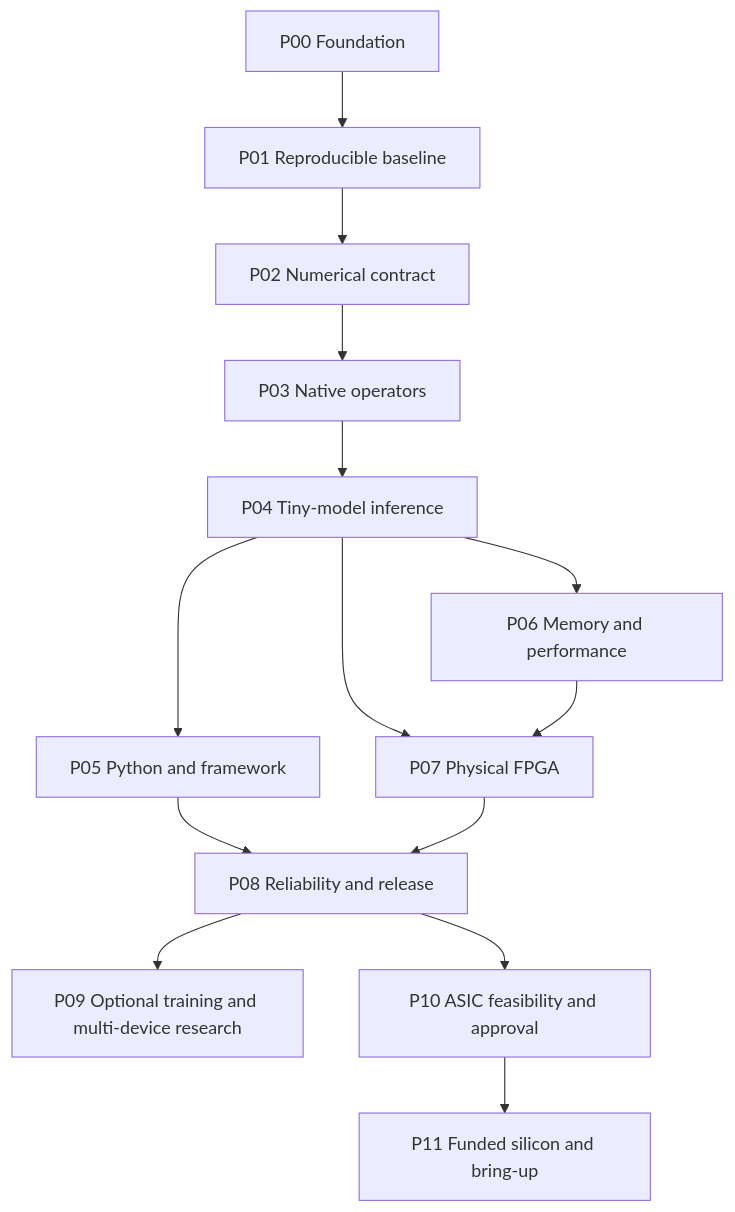
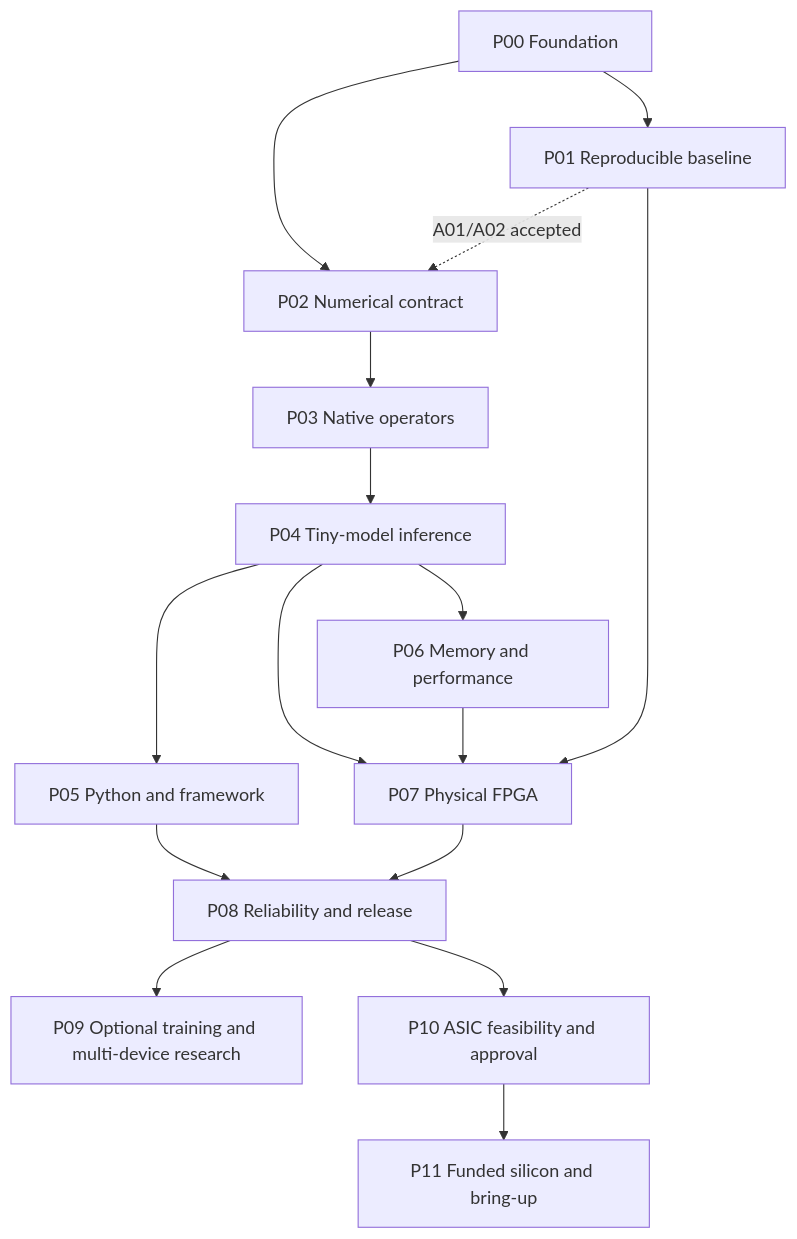
One commit to baabi-boo/AI-GPU changed the diagram in ROADMAP.md. Above: the diagram before and after it, drawn with Mermaid. The commit also changed other lines of this file and 16 other files, not shown here.

````diff
--- a/ROADMAP.md
+++ b/ROADMAP.md
@@ -41,16 +45,18 @@
 ```mermaid
 flowchart TD
     P00["P00 Foundation"] --> P01["P01 Reproducible baseline"]
-    P01 --> P02["P02 Numerical contract"]
+    P00 --> P02["P02 Numerical contract"]
+    P01 -. "A01/A02 accepted" .-> P02
     P02 --> P03["P03 Native operators"]
     P03 --> P04["P04 Tiny-model inference"]
     P04 --> P05["P05 Python and framework"]
     P04 --> P06["P06 Memory and performance"]
     P04 --> P07["P07 Physical FPGA"]
     P06 --> P07
+    P01 --> P07
     P05 --> P08["P08 Reliability and release"]
     P07 --> P08
     P08 --> P09["P09 Optional training and multi-device research"]
     P08 --> P10["P10 ASIC feasibility and approval"]
     P10 --> P11["P11 Funded silicon and bring-up"]
 ```
````
